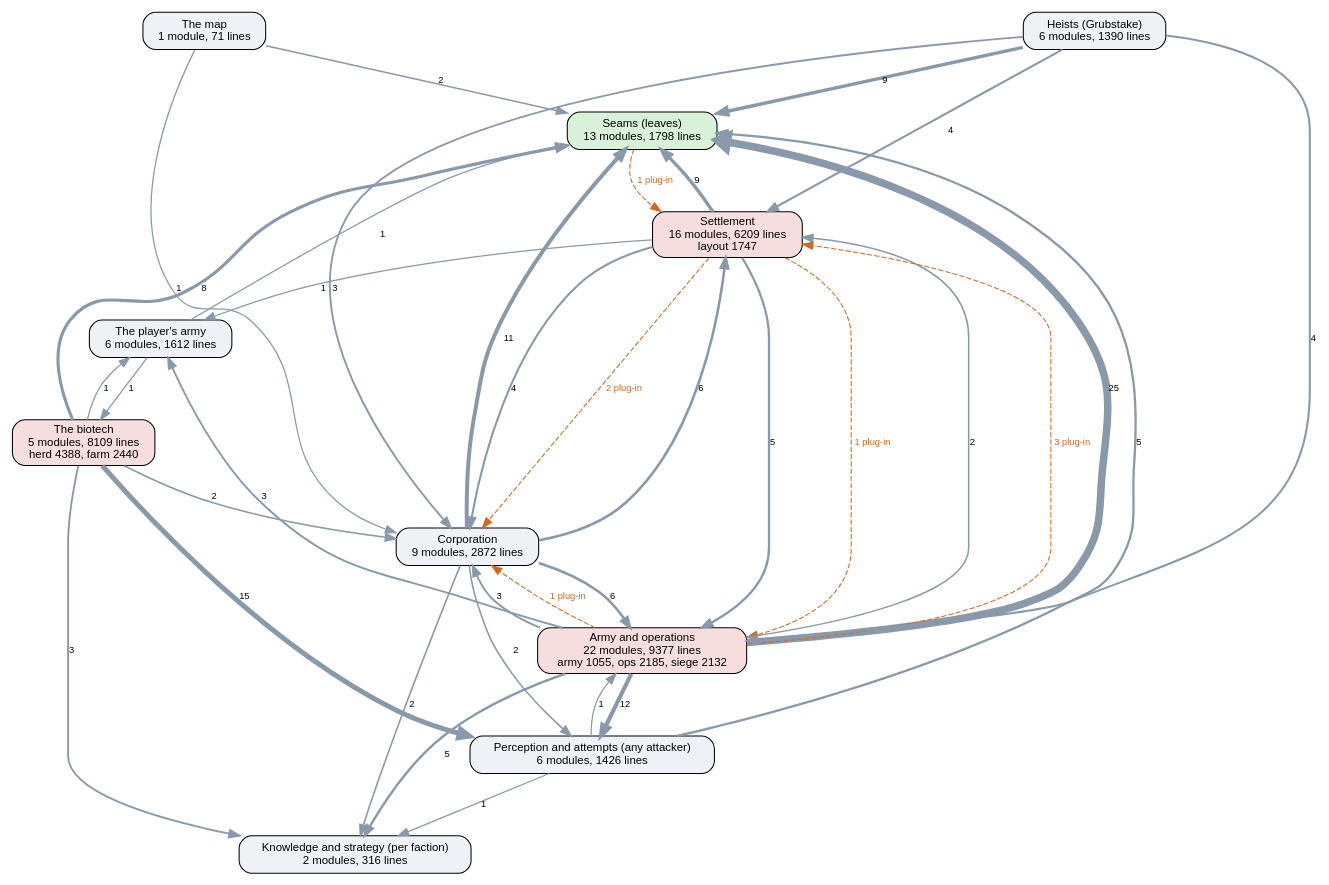
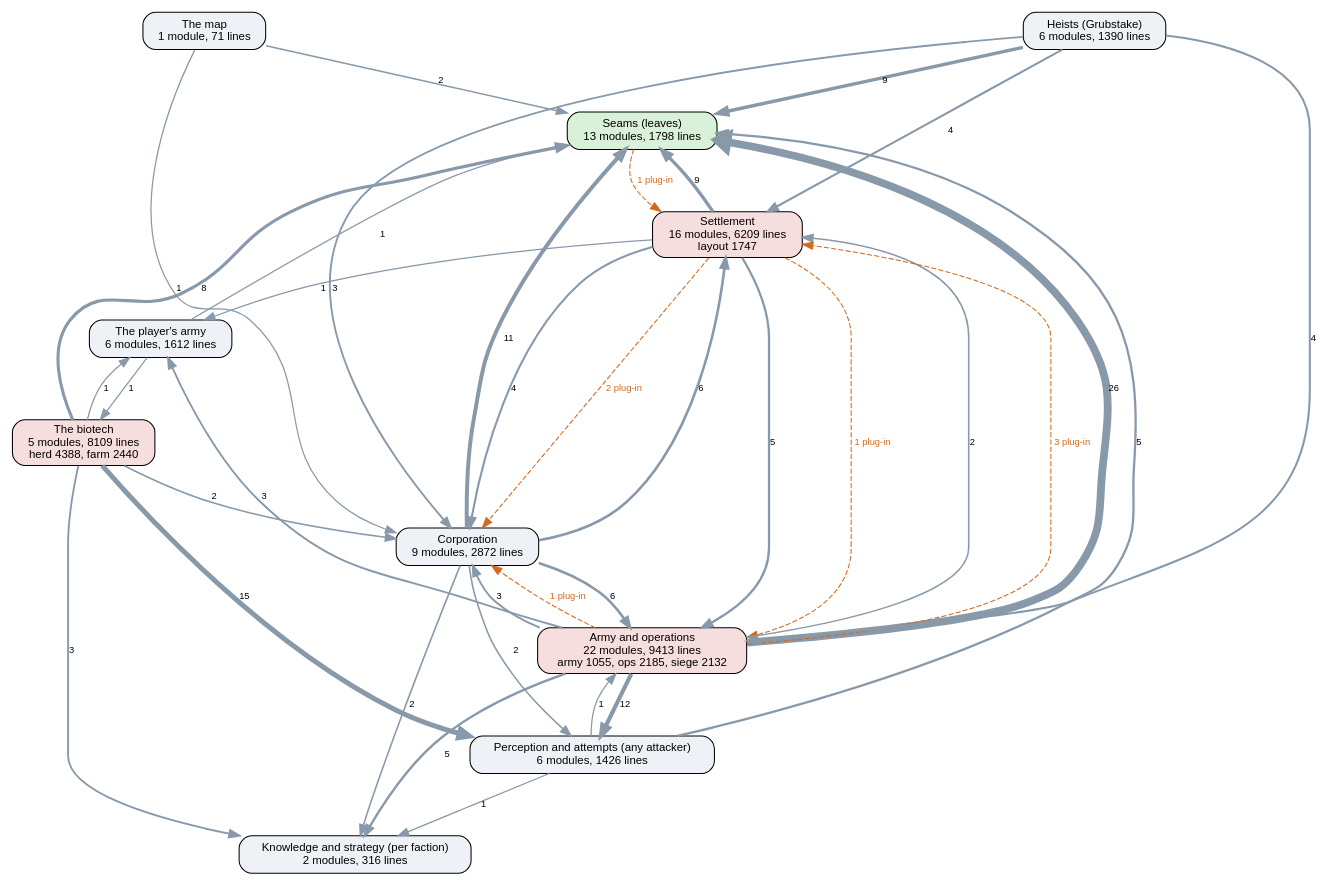
Before and after one commit to kinelhu/landing-party: the diagram in docs/ai-layers.dot, drawn with Graphviz. The commit also changed 21 other files, not shown here.

```diff
--- a/docs/ai-layers.dot
+++ b/docs/ai-layers.dot
@@ -1,51 +1,51 @@
 digraph layers {
   graph [rankdir=TB, fontname="Helvetica", nodesep=0.5, ranksep=0.7];
   node [shape=box, style="rounded,filled", fontname="Helvetica", fontsize=11, fillcolor="#eef2f7"];
   edge [color="#8899aa", fontname="Helvetica", fontsize=9];
   "Seams (leaves)" [label="Seams (leaves)\n13 modules, 1798 lines", fillcolor="#d9f0d9"];
   "Perception and attempts (any attacker)" [label="Perception and attempts (any attacker)\n6 modules, 1426 lines", fillcolor="#eef2f7"];
   "Knowledge and strategy (per faction)" [label="Knowledge and strategy (per faction)\n2 modules, 316 lines", fillcolor="#eef2f7"];
   "Corporation" [label="Corporation\n9 modules, 2872 lines", fillcolor="#eef2f7"];
   "Settlement" [label="Settlement\n16 modules, 6209 lines\nlayout 1747", fillcolor="#f7dede"];
-  "Army and operations" [label="Army and operations\n22 modules, 9377 lines\narmy 1055, ops 2185, siege 2132", fillcolor="#f7dede"];
+  "Army and operations" [label="Army and operations\n22 modules, 9413 lines\narmy 1055, ops 2185, siege 2132", fillcolor="#f7dede"];
   "Heists (Grubstake)" [label="Heists (Grubstake)\n6 modules, 1390 lines", fillcolor="#eef2f7"];
   "The biotech" [label="The biotech\n5 modules, 8109 lines\nherd 4388, farm 2440", fillcolor="#f7dede"];
   "The map" [label="The map\n1 module, 71 lines", fillcolor="#eef2f7"];
   "The player's army" [label="The player's army\n6 modules, 1612 lines", fillcolor="#eef2f7"];
   "Army and operations" -> "Corporation" [label="3", penwidth=1.8];
   "Army and operations" -> "Knowledge and strategy (per faction)" [label="5", penwidth=2.2];
   "Army and operations" -> "Perception and attempts (any attacker)" [label="12", penwidth=4.0];
-  "Army and operations" -> "Seams (leaves)" [label="25", penwidth=7.2];
+  "Army and operations" -> "Seams (leaves)" [label="26", penwidth=7.5];
   "Army and operations" -> "Settlement" [label="2", penwidth=1.5];
   "Army and operations" -> "The player's army" [label="3", penwidth=1.8];
   "Corporation" -> "Army and operations" [label="6", penwidth=2.5];
   "Corporation" -> "Knowledge and strategy (per faction)" [label="2", penwidth=1.5];
   "Corporation" -> "Perception and attempts (any attacker)" [label="2", penwidth=1.5];
   "Corporation" -> "Seams (leaves)" [label="11", penwidth=3.8];
   "Corporation" -> "Settlement" [label="6", penwidth=2.5];
   "Heists (Grubstake)" -> "Army and operations" [label="4", penwidth=2.0];
   "Heists (Grubstake)" -> "Corporation" [label="3", penwidth=1.8];
   "Heists (Grubstake)" -> "Seams (leaves)" [label="9", penwidth=3.2];
   "Heists (Grubstake)" -> "Settlement" [label="4", penwidth=2.0];
   "Perception and attempts (any attacker)" -> "Army and operations" [label="1", penwidth=1.2];
   "Perception and attempts (any attacker)" -> "Knowledge and strategy (per faction)" [label="1", penwidth=1.2];
   "Perception and attempts (any attacker)" -> "Seams (leaves)" [label="5", penwidth=2.2];
   "Settlement" -> "Army and operations" [label="5", penwidth=2.2];
   "Settlement" -> "Corporation" [label="4", penwidth=2.0];
   "Settlement" -> "Seams (leaves)" [label="9", penwidth=3.2];
   "Settlement" -> "The player's army" [label="1", penwidth=1.2];
   "The biotech" -> "Corporation" [label="2", penwidth=1.5];
   "The biotech" -> "Knowledge and strategy (per faction)" [label="3", penwidth=1.8];
   "The biotech" -> "Perception and attempts (any attacker)" [label="15", penwidth=4.8];
   "The biotech" -> "Seams (leaves)" [label="8", penwidth=3.0];
   "The biotech" -> "The player's army" [label="1", penwidth=1.2];
   "The map" -> "Corporation" [label="1", penwidth=1.2];
   "The map" -> "Seams (leaves)" [label="2", penwidth=1.5];
   "The player's army" -> "Seams (leaves)" [label="1", penwidth=1.2];
   "The player's army" -> "The biotech" [label="1", penwidth=1.2];
   "Army and operations" -> "Corporation" [style=dashed, color="#d2691e", fontcolor="#d2691e", label="1 plug-in"];
   "Army and operations" -> "Settlement" [style=dashed, color="#d2691e", fontcolor="#d2691e", label="3 plug-in"];
   "Seams (leaves)" -> "Settlement" [style=dashed, color="#d2691e", fontcolor="#d2691e", label="1 plug-in"];
   "Settlement" -> "Army and operations" [style=dashed, color="#d2691e", fontcolor="#d2691e", label="1 plug-in"];
   "Settlement" -> "Corporation" [style=dashed, color="#d2691e", fontcolor="#d2691e", label="2 plug-in"];
 }
```
